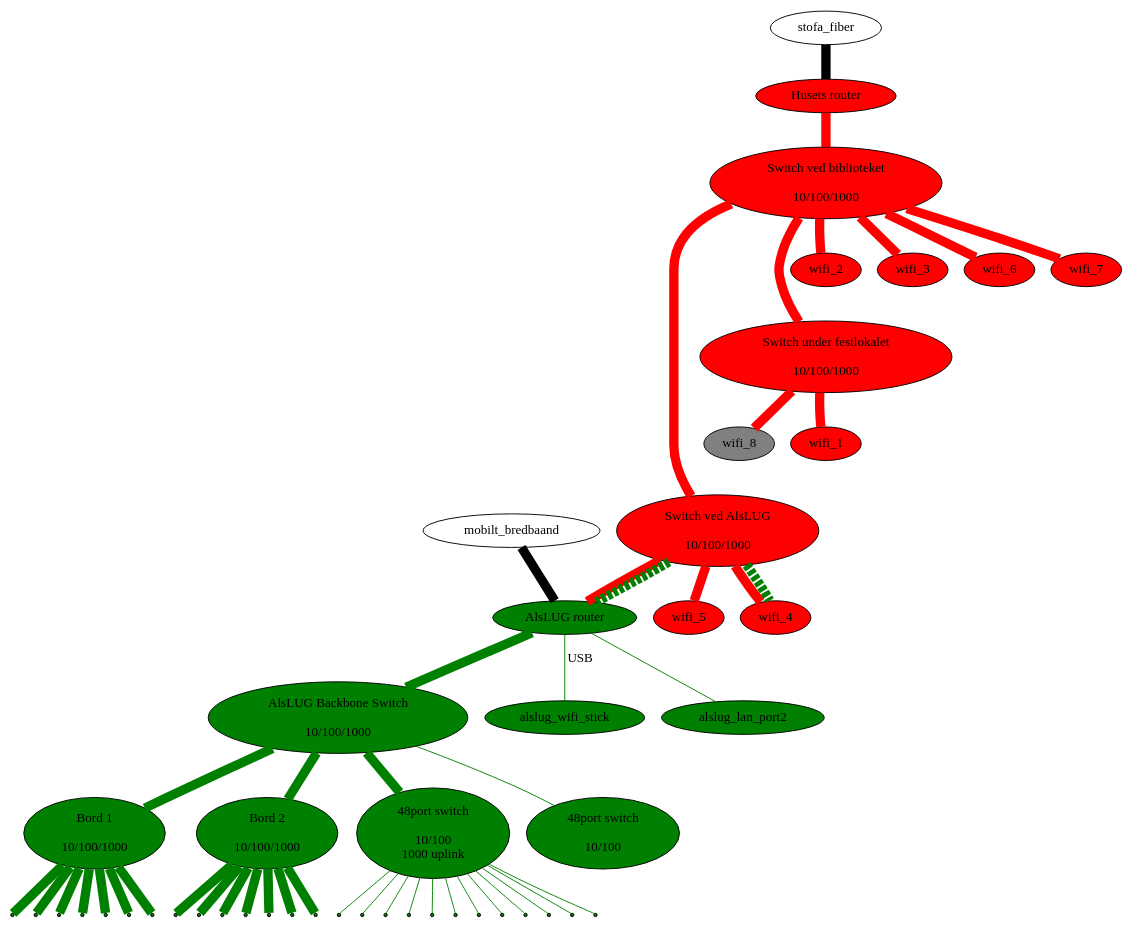
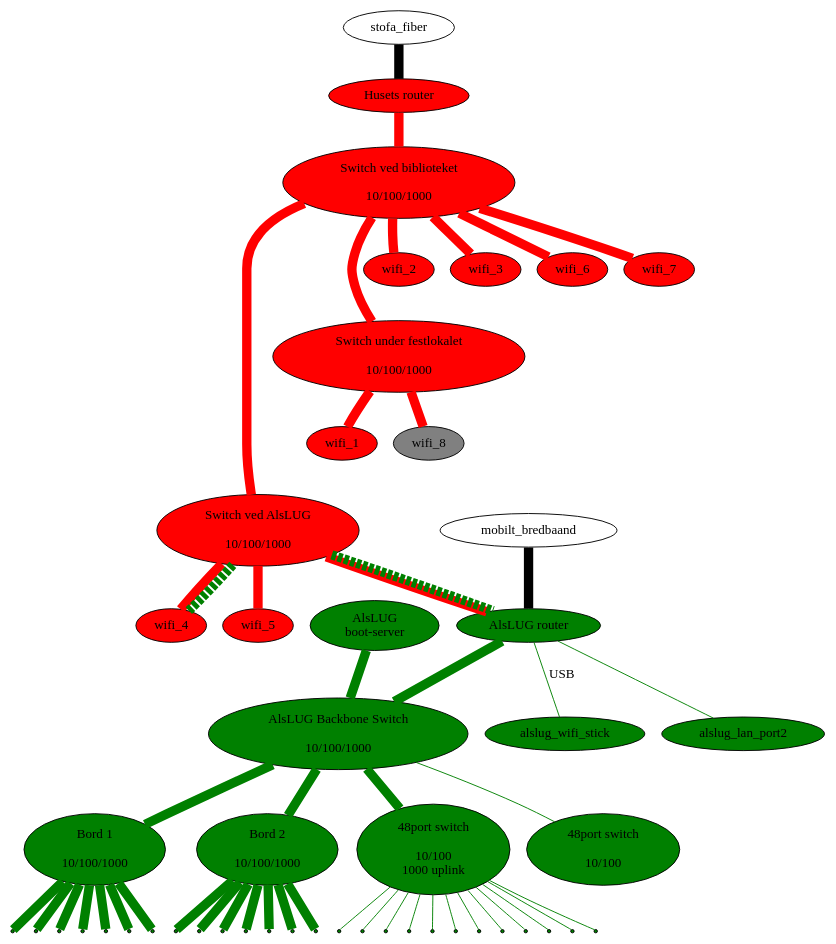
One commit to alslug/alslug.dk changed the diagram in projekter/network.dot. Above: the diagram before and after it, drawn with Graphviz.

```diff
--- a/projekter/network.dot
+++ b/projekter/network.dot
@@ -1,64 +1,64 @@
 digraph xxx {
 #  link_12a [ shape=point ];
 #  link_12b [ shape=point ];
 #  link_12c [ shape=point ];
   edge [ dir=none penwidth=10 ];
 
   node [ style=filled fillcolor=red ];
   husets_router [ label="Husets router" ];
   husets_switch_1 [ label="Switch ved biblioteket\n\n 10/100/1000" ];
   husets_switch_2 [ label="Switch ved AlsLUG\n\n 10/100/1000" ];
   festlokale_switch [ label="Switch under festlokalet\n\n 10/100/1000" ];
   wifi_1 wifi_2 wifi_3 wifi_4 wifi_5 wifi_6 wifi_7;
   wifi_8 [ fillcolor=gray ];
   
   node [ style=filled fillcolor=green ];
   alslug_router [ label="AlsLUG router" ];
+  alslug_gl_bootserver [ label="AlsLUG\nboot-server" ];
   alslug_backbone_switch [ label="AlsLUG Backbone Switch\n\n10/100/1000"];
   bord_1 [ label="Bord 1\n\n10/100/1000"];
   bord_2 [ label="Bord 2\n\n10/100/1000"];
   switch_48p [ label="48port switch\n\n10/100\n1000 uplink"];
   switch_48p_poe [ label="48port switch\n\n10/100"];
   alslug_wifi_stick alslug_lan_port2;
   
   node [ style=normal ];
   // Internet forbindelser
   stofa_fiber      -> husets_router [ fillcolor=black style=filled ];
   mobilt_bredbaand -> alslug_router [ fillcolor=black style=filled ];
   
   // Husets forbindelser
   edge  [ color=red style=solid ];
   husets_router -> husets_switch_1 -> { wifi_2 wifi_3 wifi_6 wifi_7 };
   husets_switch_1 -> husets_switch_2 -> { wifi_4 wifi_5 alslug_router};
   husets_switch_1 -> festlokale_switch -> { wifi_1 wifi_8 };
 
   // VLAN forbindelser over bakkensbros netværk
   edge  [ color=green style=dashed ];
   husets_switch_2 -> { alslug_router wifi_4 };
   
   // Interne forbindelser
   edge [ color=green style=solid ];
-  alslug_router -> { alslug_backbone_switch };
-  alslug_router -> alslug_wifi_stick [ penwidth=1 label="USB" ];
+  {alslug_router,alslug_gl_bootserver} -> alslug_backbone_switch -> { bord_1 bord_2 switch_48p }
+  alslug_router -> alslug_wifi_stick [ penwidth=1 label="USB" fillcolor=gray ];
   alslug_router -> alslug_lan_port2 [ penwidth=1 ];
-  alslug_backbone_switch -> { bord_1 bord_2 switch_48p }
   alslug_backbone_switch -> switch_48p_poe [ penwidth=1 ];
   
   node [ shape=point ];
   bord_1 -> {
                   bord_1_1 bord_1_2 bord_1_3 bord_1_4
                   bord_1_5 bord_1_6 bord_1_7
                 };
   bord_2 -> {
                   bord_2_1 bord_2_2 bord_2_3 bord_2_4
                   bord_2_5 bord_2_6 bord_2_7
                 };
   switch_48p -> {
                   switch_48p_1 switch_48p_2 switch_48p_3 switch_48p_4
                   switch_48p_5 switch_48p_6 switch_48p_7 switch_48p_8
                   switch_48p_9 switch_48p_10 switch_48p_11 switch_48p_12
                 } [ penwidth=1 ];
   
   edge [ color=invis ];
   husets_switch_1 -> wifi_2 -> festlokale_switch -> wifi_1 -> husets_switch_2;
 }
```
